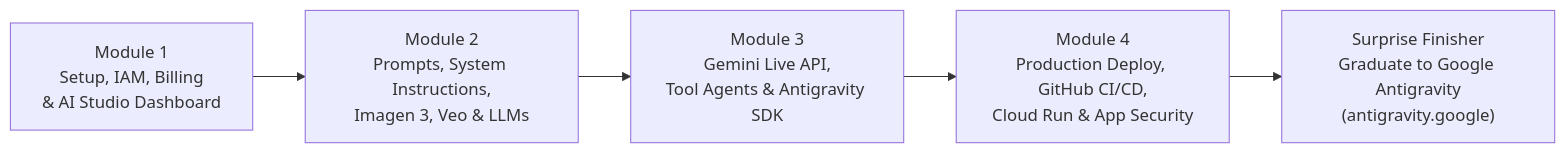
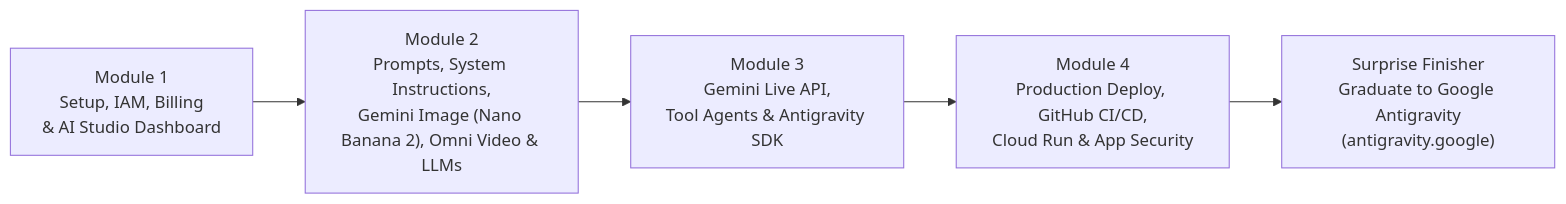
One commit to AllInVaders/aistudio-full-course changed the diagram in README.md. Above: the diagram before and after it, drawn with Mermaid. The commit also changed other lines of this file and 30 other files, not shown here.

Commit message:
feat: upgrade all models across curriculum, labs, portal & notebooks to Sep 2026 lineup (Gemini 3.7 Flash, 3.1 Pro, Gemini 3.1 Flash Image / Nano Banana 2, Gemini Omni 1.1 Flash Video, Gemini 3.8 Live)

````diff
--- a/README.md
+++ b/README.md
@@ -25,7 +25,7 @@
 ```mermaid
 flowchart LR
-    M1["Module 1<br/>Setup, IAM, Billing<br/>& AI Studio Dashboard"] --> M2["Module 2<br/>Prompts, System Instructions,<br/>Imagen 3, Veo & LLMs"]
+    M1["Module 1<br/>Setup, IAM, Billing<br/>& AI Studio Dashboard"] --> M2["Module 2<br/>Prompts, System Instructions,<br/>Gemini Image (Nano Banana 2), Omni Video & LLMs"]
     M2 --> M3["Module 3<br/>Gemini Live API,<br/>Tool Agents & Antigravity SDK"]
     M3 --> M4["Module 4<br/>Production Deploy, GitHub CI/CD,<br/>Cloud Run & App Security"]
     M4 --> SF["Surprise Finisher<br/>Graduate to Google Antigravity<br/>(antigravity.google)"]
 ```
````
